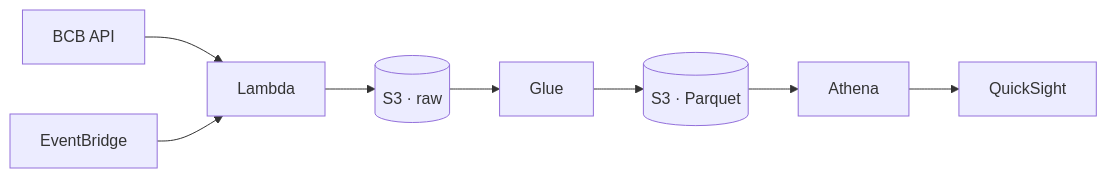
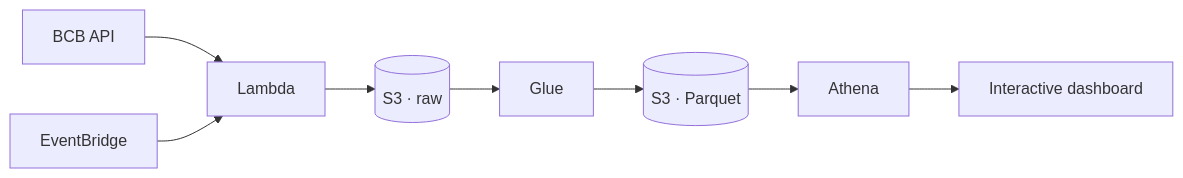
One commit to guivital1/aws-financial-data-pipeline changed the diagram in README.md. Above: the diagram before and after it, drawn with Mermaid. The commit also changed other lines of this file and 9 other files, not shown here.

First line of the commit message:
feat: publish interactive financial dashboard

````diff
--- a/README.md
+++ b/README.md
@@ -20,10 +24,10 @@
 ```mermaid
 flowchart LR
     BCB[BCB API] --> L[Lambda]
     EB[EventBridge] --> L
     L --> RAW[(S3 · raw)]
     RAW --> G[Glue]
     G --> CUR[(S3 · Parquet)]
     CUR --> A[Athena]
-    A --> Q[QuickSight]
+    A --> D[Interactive dashboard]
 ```
````
